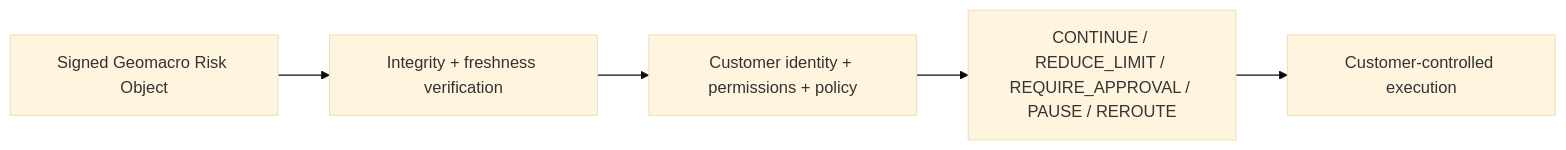
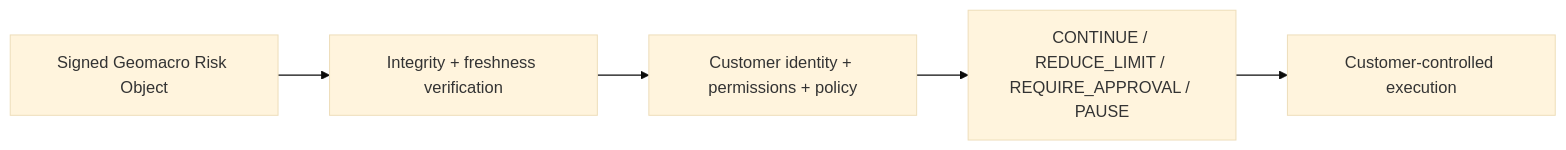
The second of 3 diagrams in README.md (blocknine0/geomacro), drawn with Mermaid (base theme) before and after one commit. The commit also changed other lines of this file, not shown here.

Commit message:
docs: align README with Risk Gate v1 decision contract

````diff
--- a/README.md
+++ b/README.md
@@ -178,7 +178,7 @@
 ```mermaid
 graph LR;
     GRO["Signed Geomacro Risk Object"] --> VERIFY["Integrity + freshness verification"];
     VERIFY --> POLICY["Customer identity + permissions + policy"];
-    POLICY --> DECISION["CONTINUE / REDUCE_LIMIT / REQUIRE_APPROVAL / PAUSE / REROUTE"];
+    POLICY --> DECISION["CONTINUE / REDUCE_LIMIT / REQUIRE_APPROVAL / PAUSE"];
     DECISION --> EXEC["Customer-controlled execution"];
 ```
````
